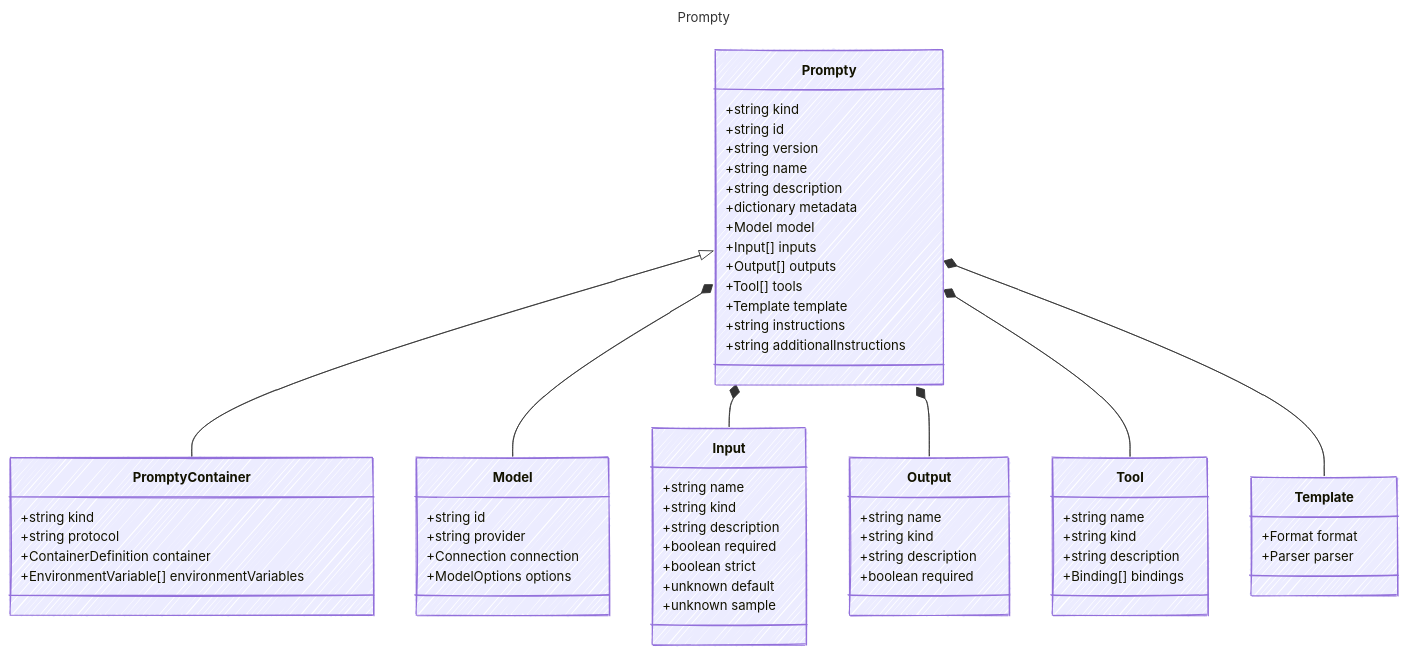
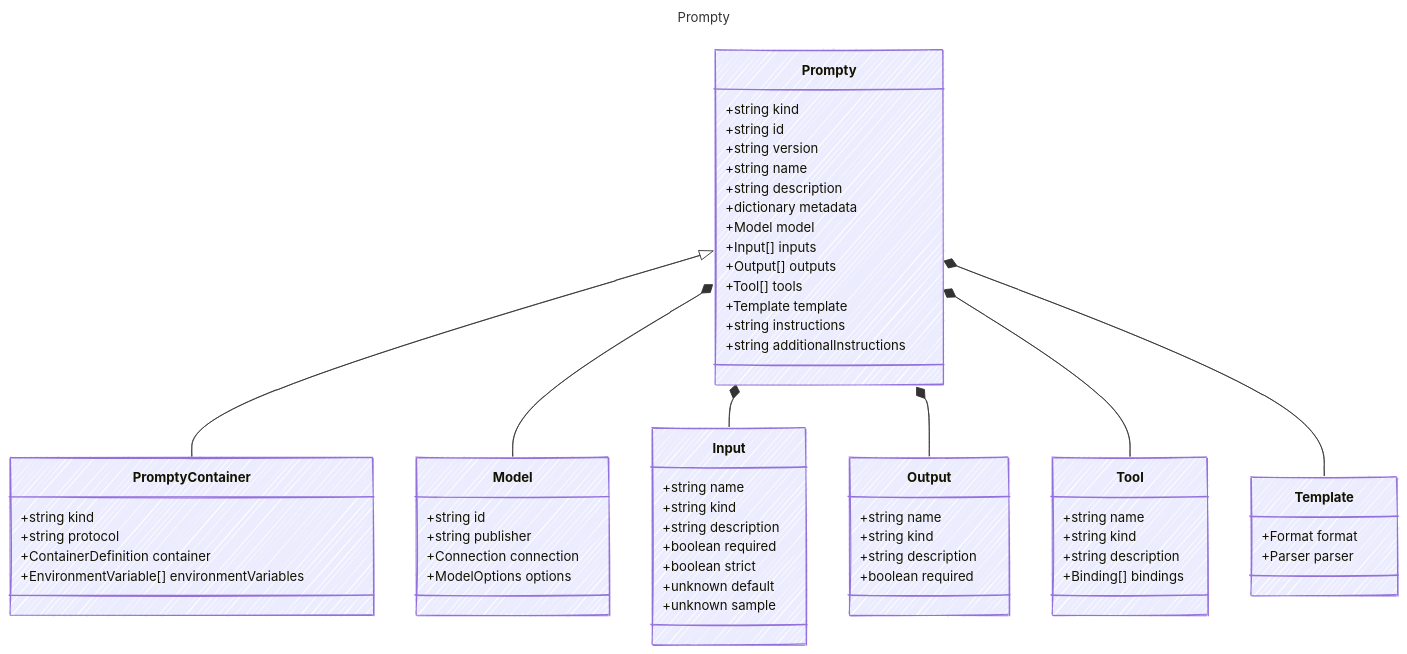
The diagram in specification/prompty/docs/Prompty.md (microsoft/prompty), drawn with Mermaid before and after one commit. The commit also changed other lines of this file and 35 other files, not shown here.

````diff
--- a/specification/prompty/docs/Prompty.md
+++ b/specification/prompty/docs/Prompty.md
@@ -12,70 +12,70 @@
 ```mermaid
 ---
 title: Prompty
 config:
   look: handDrawn
   theme: colorful
   class:
     hideEmptyMembersBox: true
 ---
 classDiagram
     class Prompty {
       
         +string kind
         +string id
         +string version
         +string name
         +string description
         +dictionary metadata
         +Model model
         +Input[] inputs
         +Output[] outputs
         +Tool[] tools
         +Template template
         +string instructions
         +string additionalInstructions
     }
     class PromptyContainer {
         +string kind
         +string protocol
         +ContainerDefinition container
         +EnvironmentVariable[] environmentVariables
     }
     Prompty <|-- PromptyContainer
     class Model {
         +string id
-        +string provider
+        +string publisher
         +Connection connection
         +ModelOptions options
     }
     Prompty *-- Model
     class Input {
         +string name
         +string kind
         +string description
         +boolean required
         +boolean strict
         +unknown default
         +unknown sample
     }
     Prompty *-- Input
     class Output {
         +string name
         +string kind
         +string description
         +boolean required
     }
     Prompty *-- Output
     class Tool {
         +string name
         +string kind
         +string description
         +Binding[] bindings
     }
     Prompty *-- Tool
     class Template {
         +Format format
         +Parser parser
     }
     Prompty *-- Template
 ```
````
